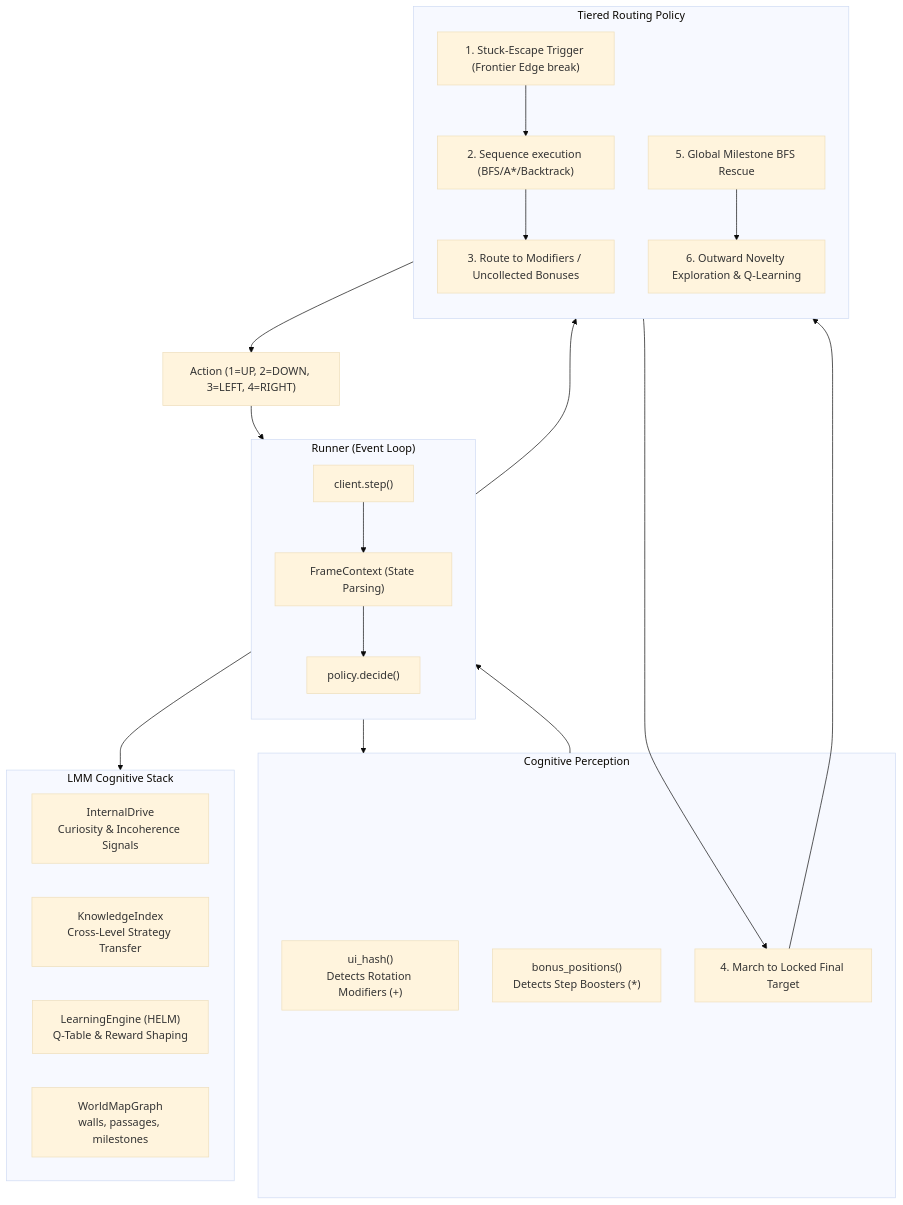
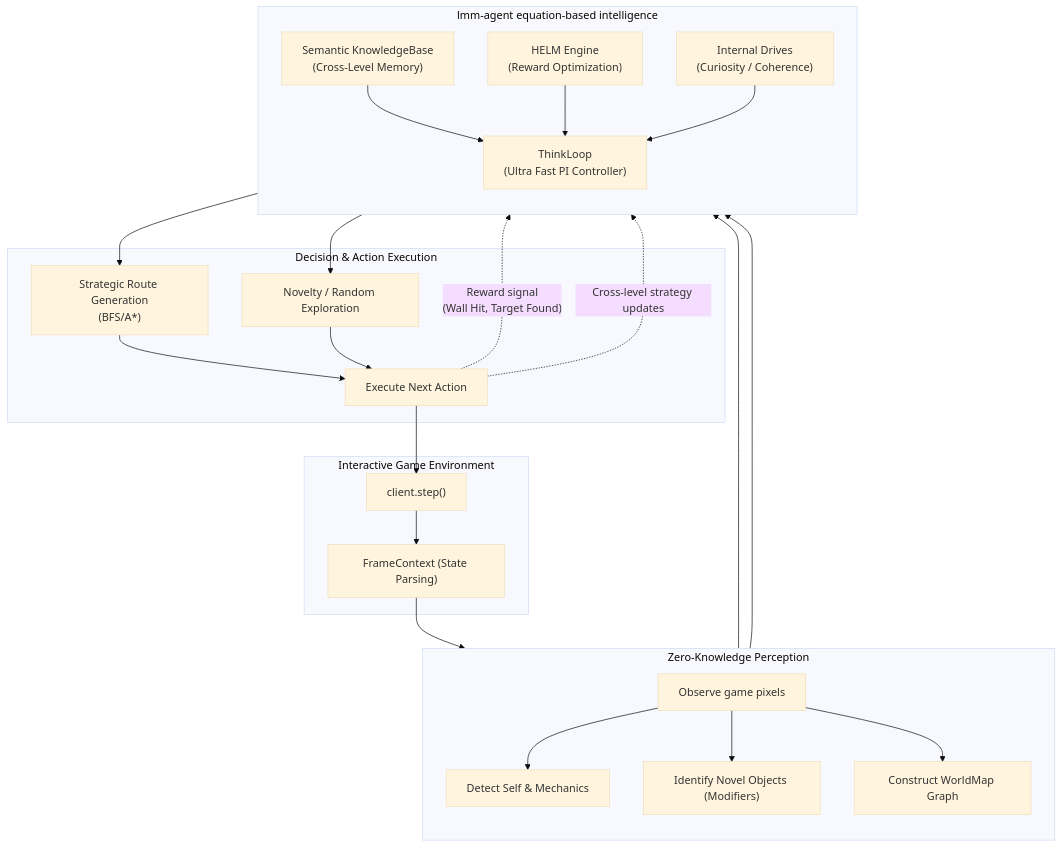
The diagram in examples/arc-lmm-agent/README.md (kevin-rs/lmm), drawn with Mermaid (base theme) before and after one commit. The commit also changed other lines of this file and 6 other files, not shown here.

````diff
--- a/examples/arc-lmm-agent/README.md
+++ b/examples/arc-lmm-agent/README.md
@@ -26,42 +40,46 @@
 ```mermaid
 flowchart TD
-    subgraph Engine["Runner (Event Loop)"]
-        direction TB
-        STEP["client.step()"] --> STATE["FrameContext (State Parsing)"]
-        STATE --> POLICY_DECIDE["policy.decide()"]
+    subgraph Env["Interactive Game Environment"]
+        STEP["client.step()"]
+        STATE["FrameContext (State Parsing)"]
     end
 
-    subgraph Perception["Cognitive Perception"]
-        HASH["ui_hash()\nDetects Rotation Modifiers (+)"]
-        BONUS["bonus_positions()\nDetects Step Boosters (*)"]
-        TARGET["target_pos()\nGoal Box Tracking"]
+    subgraph ZeroKnowledge["Zero-Knowledge Perception"]
+        direction TB
+        Observe["Observe game pixels"] --> DetectSelf["Detect Self & Mechanics"]
+        Observe --> DetectModifiers["Identify Novel Objects (Modifiers)"]
+        Observe --> BuildGraph["Construct WorldMap Graph"]
     end
 
-    STATE --> Perception
-    Perception --> POLICY_DECIDE
+    subgraph LMMAgent["lmm-agent equation-based intelligence"]
+        direction TB
+        HELM["HELM Engine\n(Reward Optimization)"]
+        KNOWLEDGE["Semantic KnowledgeBase\n(Cross-Level Memory)"]
+        DRIVES["Internal Drives\n(Curiosity / Coherence)"]
+        THINK["ThinkLoop\n(Ultra Fast PI Controller)"]
+    end
 
-    subgraph Memory["LMM Cognitive Stack"]
-        DRIVE["InternalDrive\nCuriosity & Incoherence Signals"]
-        INDEX["KnowledgeIndex\nCross-Level Strategy Transfer"]
-        HELM["LearningEngine (HELM)\nQ-Table & Reward Shaping"]
-        WMAP["WorldMapGraph\nwalls, passages, milestones"]
+    subgraph Execution["Decision & Action Execution"]
+        PLAN["Strategic Route Generation\n(BFS/A*)"]
+        RANDOM["Novelty / Random Exploration"]
+        ACTION["Execute Next Action"]
     end
-    
-    POLICY_DECIDE --> Memory
 
-    subgraph DecisionForest["Tiered Routing Policy"]
-        direction TB
-        ESCAPE["1. Stuck-Escape Trigger (Frontier Edge break)"]
-        PLAN["2. Sequence execution (BFS/A*/Backtrack)"]
-        ROUTE["3. Route to Modifiers / Uncollected Bonuses"]
-        TARGET["4. March to Locked Final Target"]
-        BFS_MOD["5. Global Milestone BFS Rescue"]
-        NOVELTY["6. Outward Novelty Exploration & Q-Learning"]
-        
-        ESCAPE --> PLAN --> ROUTE --> TARGET --> BFS_MOD --> NOVELTY
-    end
-    
-    POLICY_DECIDE --> DecisionForest
-    DecisionForest --> ACTION["Action (1=UP, 2=DOWN, 3=LEFT, 4=RIGHT)"]
+    STEP --> STATE
+    STATE --> ZeroKnowledge
+    ZeroKnowledge --> KNOWLEDGE
+    ZeroKnowledge --> THINK
+
+    KNOWLEDGE --> THINK
+    HELM --> THINK
+    DRIVES --> THINK
+
+    THINK --> PLAN
+    THINK --> RANDOM
+    PLAN --> ACTION
+    RANDOM --> ACTION
     ACTION --> STEP
+
+    ACTION -.->|"Reward signal\n(Wall Hit, Target Found)"| HELM
+    ACTION -.->|"Cross-level strategy updates"| KNOWLEDGE
 ```
````
